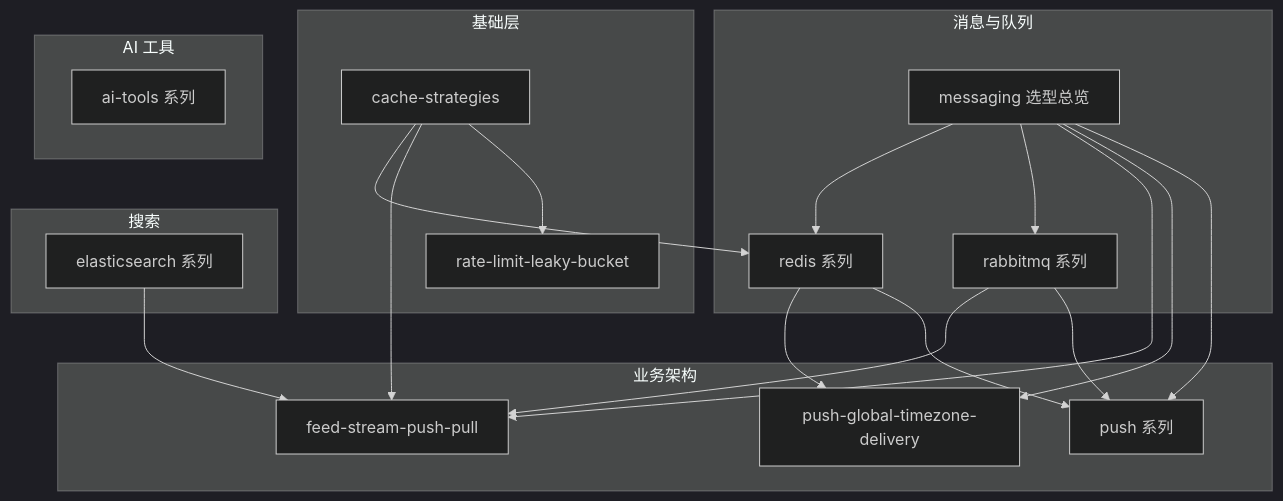
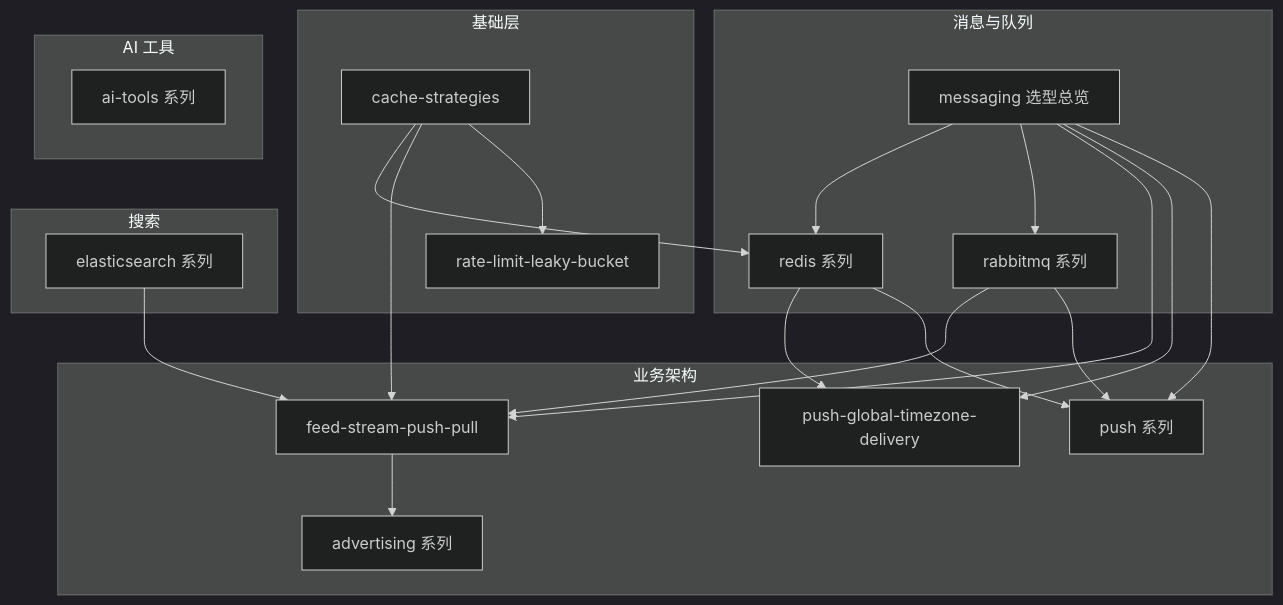
The diagram in content/index.md (CaiCandong/wiki-note), drawn with Mermaid (dark theme) before and after one commit. The commit also changed other lines of this file and 5 other files, not shown here.

````diff
--- a/content/index.md
+++ b/content/index.md
@@ -10,36 +12,38 @@
 ```mermaid
 flowchart TB
     subgraph foundation["基础层"]
         CACHE[cache-strategies]
         RATE[rate-limit-leaky-bucket]
     end
     subgraph messaging["消息与队列"]
         MSG[messaging 选型总览]
         REDIS[redis 系列]
         RMQ[rabbitmq 系列]
     end
     subgraph search["搜索"]
         ES[elasticsearch 系列]
     end
     subgraph product["业务架构"]
         FEED[feed-stream-push-pull]
         PUSH_G[push-global-timezone-delivery]
         PUSH_S[push 系列]
+        AD[advertising 系列]
     end
     subgraph ai["AI 工具"]
         AIT[ai-tools 系列]
     end
     CACHE --> REDIS
     CACHE --> FEED
     CACHE --> RATE
     MSG --> REDIS
     MSG --> RMQ
     MSG --> FEED
     MSG --> PUSH_G
     MSG --> PUSH_S
     RMQ --> FEED
     RMQ --> PUSH_S
     REDIS --> PUSH_G
     REDIS --> PUSH_S
     ES --> FEED
+    FEED --> AD
 ```
````
